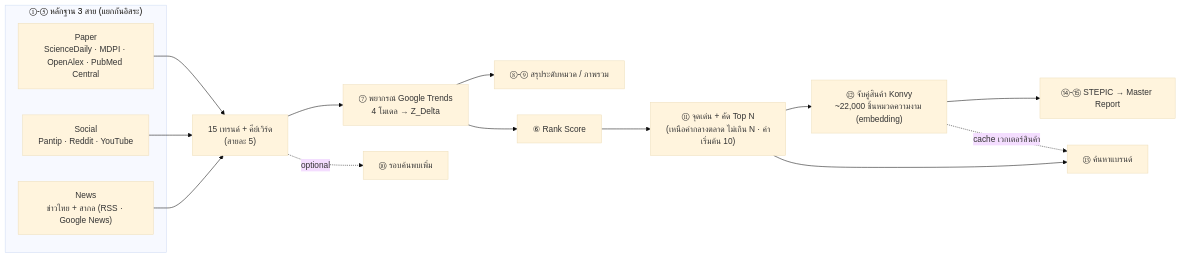
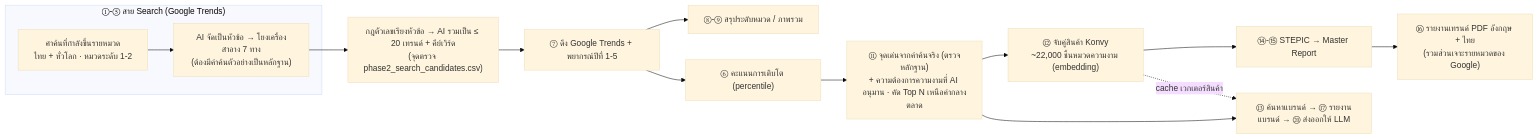
The diagram in README.md (keingkrai/Trend_analysis), drawn with Mermaid (base theme) before and after one commit. The commit also changed other lines of this file and 73 other files, not shown here.

````diff
--- a/README.md
+++ b/README.md
@@ -33,20 +38,18 @@
 ```mermaid
 flowchart LR
-    subgraph S["①-⑤ หลักฐาน 3 สาย (แยกกันอิสระ)"]
-        P["Paper<br/>ScienceDaily · MDPI · OpenAlex · PubMed Central"]
-        SO["Social<br/>Pantip · Reddit · YouTube"]
-        N["News<br/>ข่าวไทย + สากล (RSS · Google News)"]
+    subgraph S["①-⑤ สาย Search (Google Trends)"]
+        RQ["คำค้นที่กำลังขึ้นรายหมวด<br/>ไทย + ทั่วโลก · หมวดระดับ 1-2"]
+        TH["AI จัดเป็นหัวข้อ → โยงเครื่องสำอาง 7 ทาง<br/>(ต้องมีคำค้นตัวอย่างเป็นหลักฐาน)"]
+        RQ --> TH
     end
-    P --> K
-    SO --> K
-    N --> K
-    K["15 เทรนด์ + คีย์เวิร์ด<br/>(สายละ 5)"] --> F["⑦ พยากรณ์ Google Trends<br/>4 โมเดล → Z_Delta"]
+    TH --> K["กฎตัวเลขเรียงหัวข้อ → AI รวมเป็น ≤ 20 เทรนด์ + คีย์เวิร์ด<br/>(จุดตรวจ phase2_search_candidates.csv)"]
+    K --> F["⑦ ดึง Google Trends + พยากรณ์ปีที่ 1-5"]
     F --> AG["⑧-⑨ สรุประดับหมวด / ภาพรวม"]
-    F --> R["⑥ Rank Score"]
-    R --> H["⑪ จุดเด่น + คัด Top N<br/>(เหนือค่ากลางตลาด ไม่เกิน N · ค่าเริ่มต้น 10)"]
+    F --> R["⑥ คะแนนการเติบโต (percentile)"]
+    R --> H["⑪ จุดเด่นจากคำค้นจริง (ตรวจหลักฐาน)<br/>+ ความต้องการความงามที่ AI อนุมาน · คัด Top N เหนือค่ากลางตลาด"]
     H --> M["⑫ จับคู่สินค้า Konvy<br/>~22,000 ชิ้นหมวดความงาม (embedding)"]
     M --> REP["⑭-⑮ STEPIC → Master Report"]
-    H --> B["⑬ ค้นหาแบรนด์"]
+    REP --> PDF["⑯ รายงานเทรนด์ PDF อังกฤษ + ไทย<br/>(รวมส่วนเจาะรายหมวดของ Google)"]
+    H --> B["⑬ ค้นหาแบรนด์ → ⑰ รายงานแบรนด์ → ⑳ ส่งออกให้ LLM"]
     M -. "cache เวกเตอร์สินค้า" .-> B
-    K -. "optional" .-> D["⑩ รอบค้นพบเพิ่ม"]
 ```
````
